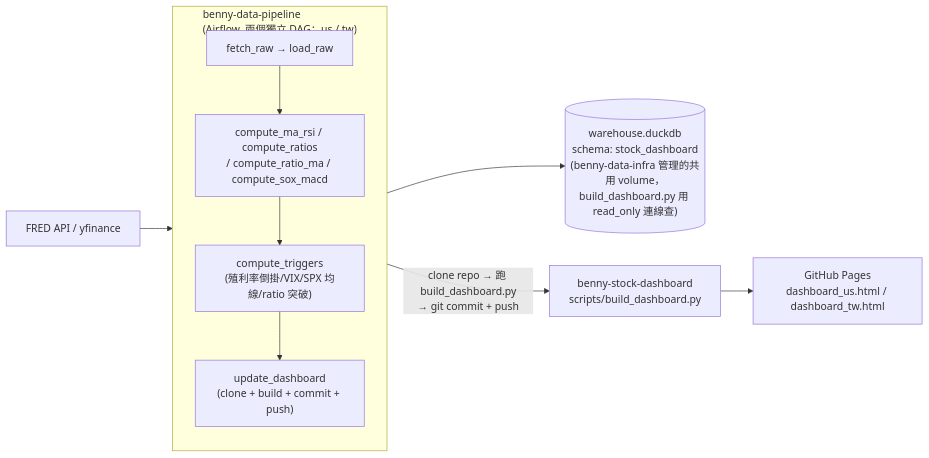
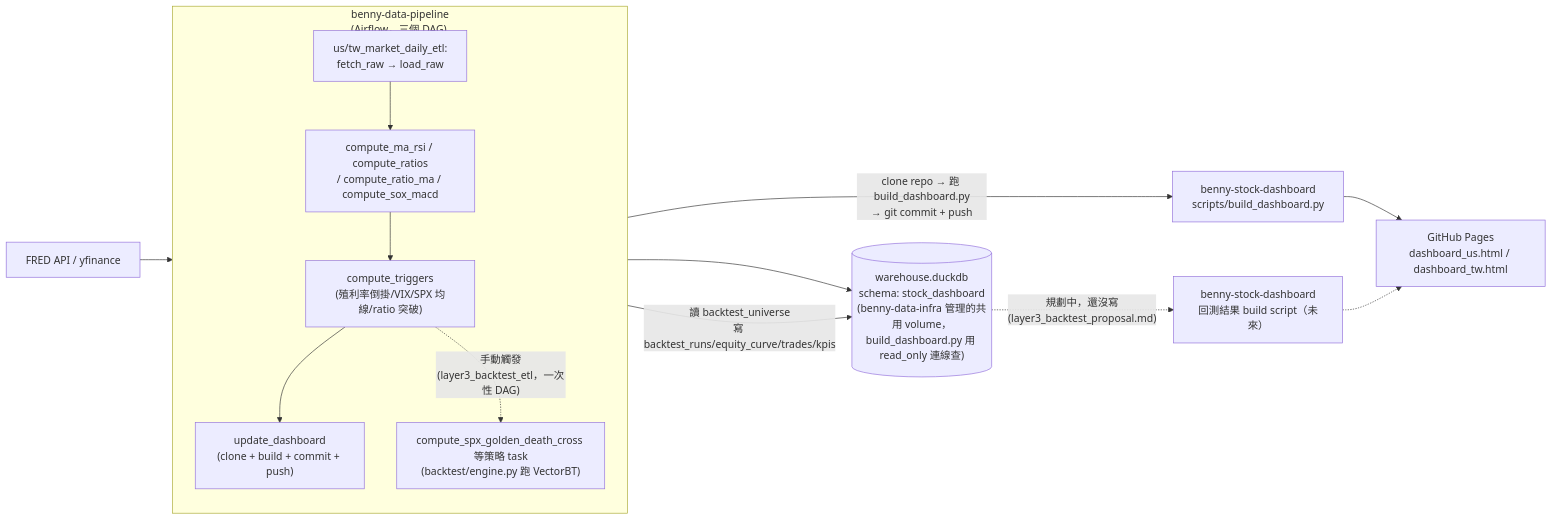
Before and after one commit to Benny0624/benny-stock-dashboard: the diagram in README.md, drawn with Mermaid. The commit also changed other lines of this file and 4 other files, not shown here.

````diff
--- a/README.md
+++ b/README.md
@@ -26,13 +40,17 @@
 ```mermaid
 flowchart LR
     API["FRED API / yfinance"] --> DAG
-    subgraph DAG["benny-data-pipeline<br/>(Airflow, 兩個獨立 DAG：us / tw)"]
+    subgraph DAG["benny-data-pipeline<br/>(Airflow，三個 DAG)"]
         direction TB
-        Fetch["fetch_raw → load_raw"] --> Silver["compute_ma_rsi / compute_ratios<br/>/ compute_ratio_ma / compute_sox_macd"]
+        Fetch["us/tw_market_daily_etl:<br/>fetch_raw → load_raw"] --> Silver["compute_ma_rsi / compute_ratios<br/>/ compute_ratio_ma / compute_sox_macd"]
         Silver --> Triggers["compute_triggers<br/>(殖利率倒掛/VIX/SPX 均線/ratio 突破)"]
         Triggers --> UpdateDash["update_dashboard<br/>(clone + build + commit + push)"]
+        Triggers -.->|"手動觸發<br/>(layer3_backtest_etl，一次性 DAG)"| Backtest["compute_spx_golden_death_cross 等策略 task<br/>(backtest/engine.py 跑 VectorBT)"]
     end
     UpdateDash --> DuckDB[("warehouse.duckdb<br/>schema: stock_dashboard<br/>(benny-data-infra 管理的共用 volume，<br/>build_dashboard.py 用 read_only 連線查)")]
+    Backtest -->|"讀 backtest_universe<br/>寫 backtest_runs/equity_curve/trades/kpis"| DuckDB
     UpdateDash -- "clone repo → 跑 build_dashboard.py<br/>→ git commit + push" --> Build["benny-stock-dashboard<br/>scripts/build_dashboard.py"]
     Build --> Pages["GitHub Pages<br/>dashboard_us.html / dashboard_tw.html"]
+    DuckDB -.->|"規劃中，還沒寫<br/>(layer3_backtest_proposal.md)"| Layer3Page["benny-stock-dashboard<br/>回測結果 build script（未來）"]
+    Layer3Page -.-> Pages
 ```
````
